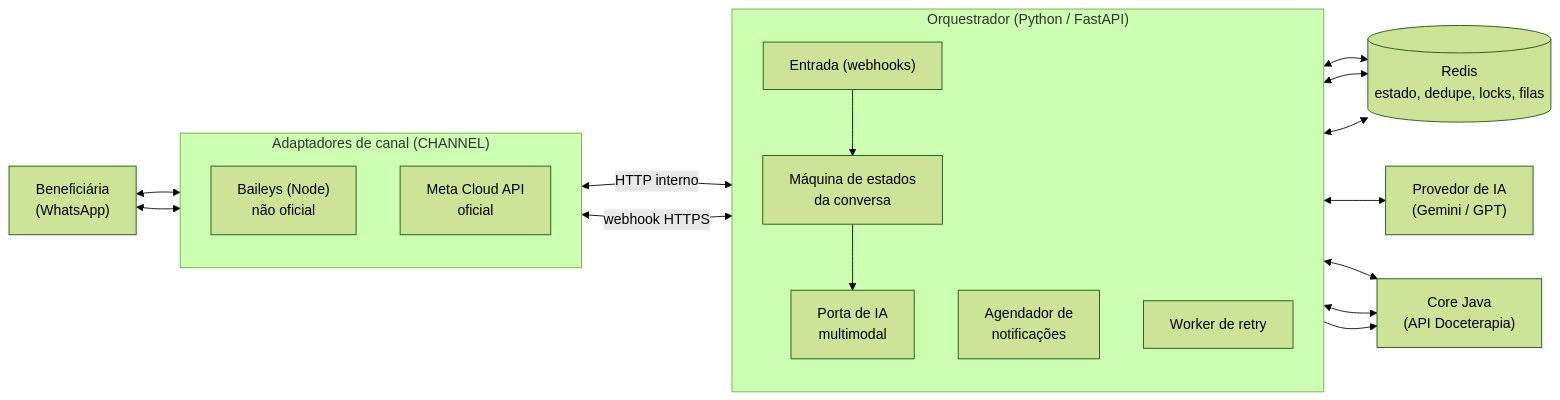
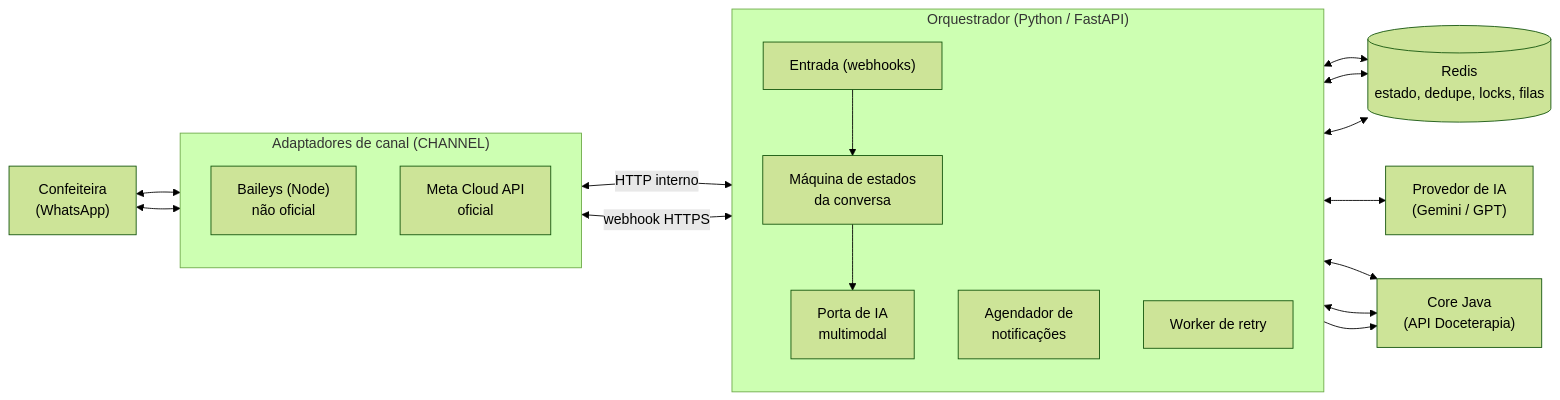
One commit to projeto-doceterapia/documentacao changed the first of 2 diagrams in docs/10-arquitetura/08-integracoes.md. Above: the diagram before and after it, drawn with Mermaid (forest theme). The commit also changed other lines of this file and 18 other files, not shown here.

````diff
--- a/docs/10-arquitetura/08-integracoes.md
+++ b/docs/10-arquitetura/08-integracoes.md
@@ -42,32 +42,32 @@
 ```mermaid
 flowchart LR
-    U["Beneficiária<br/>(WhatsApp)"]
+    U["Confeiteira<br/>(WhatsApp)"]
     subgraph CANAL["Adaptadores de canal (CHANNEL)"]
         direction TB
         B["Baileys (Node)<br/>não oficial"]
         M["Meta Cloud API<br/>oficial"]
     end
     subgraph ORQ["Orquestrador (Python / FastAPI)"]
         direction TB
         IN["Entrada (webhooks)"]
         FSM["Máquina de estados<br/>da conversa"]
         IA["Porta de IA<br/>multimodal"]
         SCH["Agendador de<br/>notificações"]
         RTY["Worker de retry"]
     end
     R[("Redis<br/>estado, dedupe, locks, filas")]
     LLM["Provedor de IA<br/>(Gemini / GPT)"]
     CORE["Core Java<br/>(API Doceterapia)"]
     U <--> B
     U <--> M
     B <-->|HTTP interno| IN
     M <-->|webhook HTTPS| IN
     IN --> FSM
     FSM <--> R
     FSM --> IA <--> LLM
     FSM <--> CORE
     SCH <--> CORE
     SCH <--> R
     RTY <--> R
     RTY --> CORE
 ```
````
